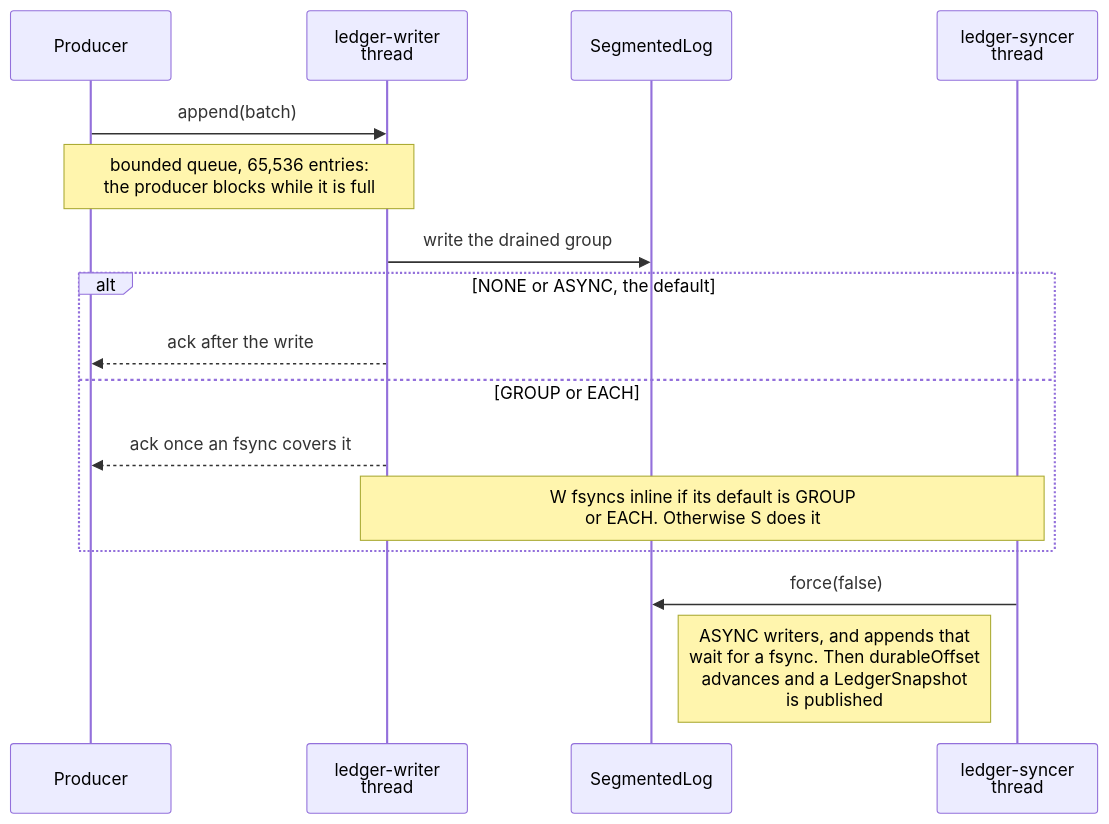
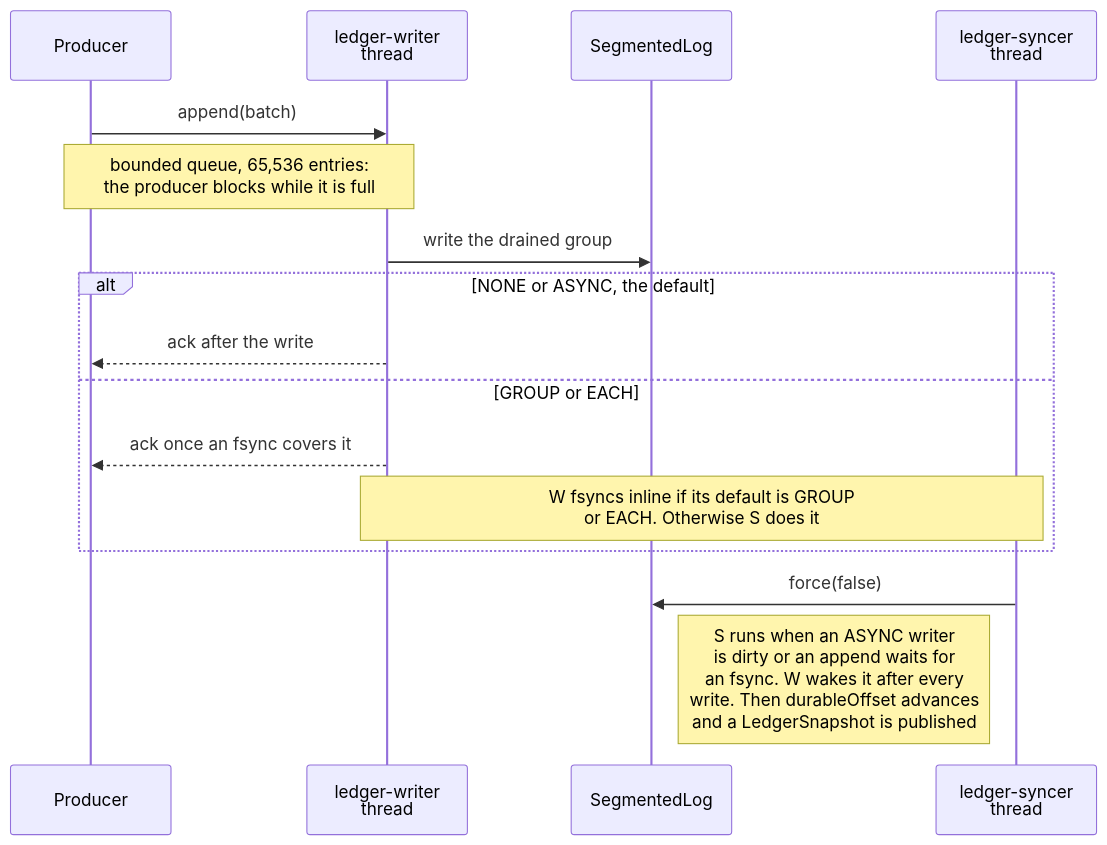
Before and after one commit to BlivionIaG/sjws_nettask: the second of 3 diagrams in docs/messaging/design.md, drawn with Mermaid. The commit also changed other lines of this file and 2 other files, not shown here.

First line of the commit message:
docs: messaging and swarm diagrams as built

````diff
--- a/docs/messaging/design.md
+++ b/docs/messaging/design.md
@@ -87,19 +91,19 @@
 ```mermaid
 sequenceDiagram
     participant P as Producer
     participant W as ledger-writer<br/>thread
     participant L as SegmentedLog
     participant S as ledger-syncer<br/>thread
 
     P->>W: append(batch)
     Note over P,W: bounded queue, 65,536 entries:<br/>the producer blocks while it is full
     W->>L: write the drained group
     alt NONE or ASYNC, the default
         W-->>P: ack after the write
     else GROUP or EACH
         W-->>P: ack once an fsync covers it
         Note over W,S: W fsyncs inline if its default is GROUP<br/>or EACH. Otherwise S does it
     end
     S->>L: force(false)
-    Note left of S: ASYNC writers, and appends that<br/>wait for a fsync. Then durableOffset<br/>advances and a LedgerSnapshot<br/>is published
+    Note left of S: S runs when an ASYNC writer<br/>is dirty or an append waits for<br/>an fsync. W wakes it after every<br/>write. Then durableOffset advances<br/>and a LedgerSnapshot is published
 ```
````
